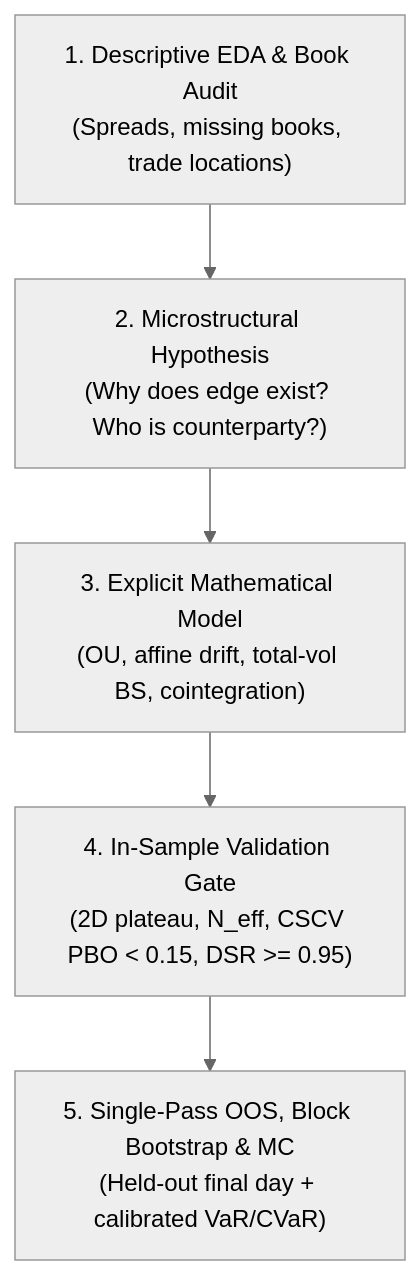
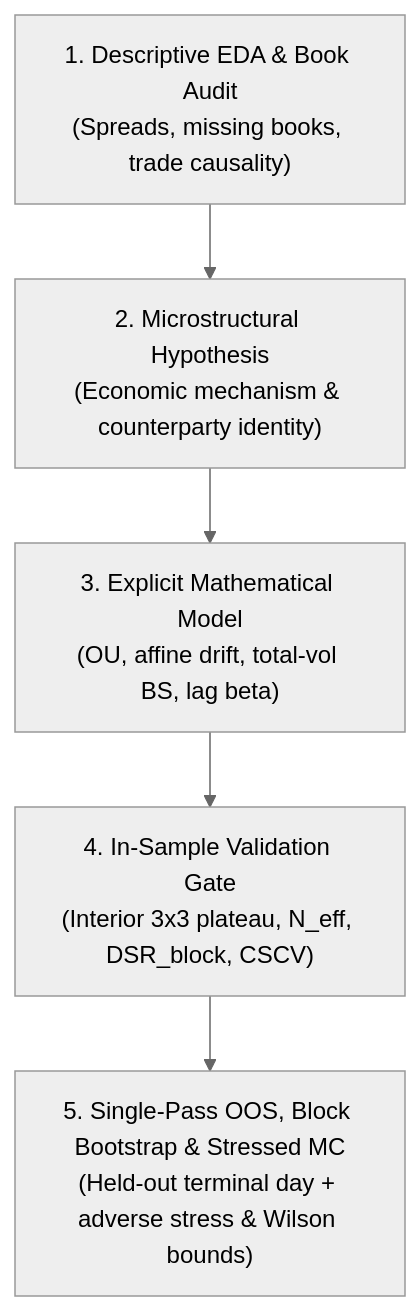
Before and after one commit to PerriPerriSauce/imc-prosperity-4-toolkit-writeup: the diagram in docs/methodology/research_methodology.md, drawn with Mermaid (neutral theme). The commit also changed other lines of this file and 135 other files, not shown here.

````diff
--- a/docs/methodology/research_methodology.md
+++ b/docs/methodology/research_methodology.md
@@ -5,7 +5,7 @@
 ```mermaid
 flowchart TD
-    Obs["1. Descriptive EDA & Book Audit<br/>(Spreads, missing books, trade locations)"] --> Hyp["2. Microstructural Hypothesis<br/>(Why does edge exist? Who is counterparty?)"]
-    Hyp --> Model["3. Explicit Mathematical Model<br/>(OU, affine drift, total-vol BS, cointegration)"]
-    Model --> Gate["4. In-Sample Validation Gate<br/>(2D plateau, N_eff, CSCV PBO < 0.15, DSR >= 0.95)"]
-    Gate --> OOS["5. Single-Pass OOS, Block Bootstrap & MC<br/>(Held-out final day + calibrated VaR/CVaR)"]
+    Obs["1. Descriptive EDA & Book Audit<br/>(Spreads, missing books, trade causality)"] --> Hyp["2. Microstructural Hypothesis<br/>(Economic mechanism & counterparty identity)"]
+    Hyp --> Model["3. Explicit Mathematical Model<br/>(OU, affine drift, total-vol BS, lag beta)"]
+    Model --> Gate["4. In-Sample Validation Gate<br/>(Interior 3x3 plateau, N_eff, DSR_block, CSCV)"]
+    Gate --> OOS["5. Single-Pass OOS, Block Bootstrap & Stressed MC<br/>(Held-out terminal day + adverse stress & Wilson bounds)"]
 ```
````
